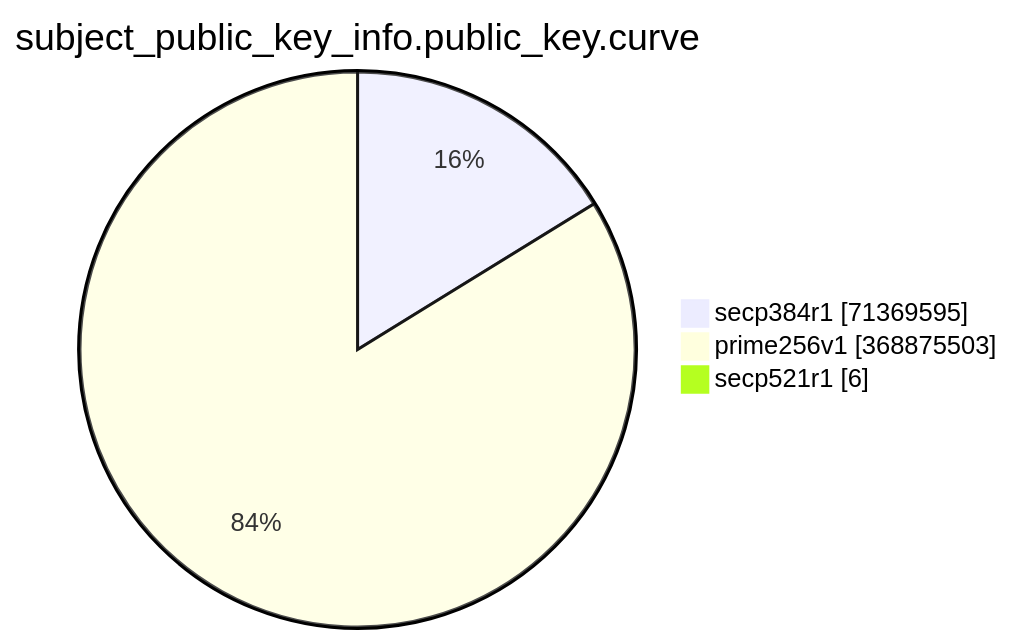
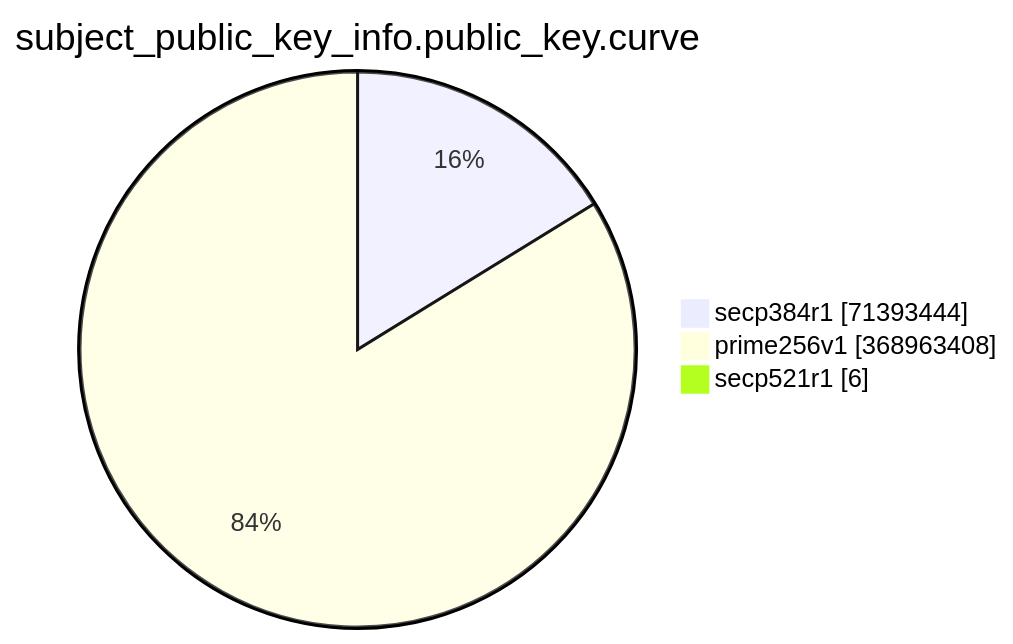
Before and after one commit to christiankrug/ctmonitor_visualization: the eighth of 15 diagrams in TOTAL/README.md, drawn with Mermaid. The commit also changed other lines of this file, not shown here.

````diff
--- a/TOTAL/README.md
+++ b/TOTAL/README.md
@@ -3092,7 +3092,7 @@
 ```mermaid
 pie showData
 title subject_public_key_info.public_key.curve
-"secp384r1" :71369595
-"prime256v1" :368875503
+"secp384r1" :71393444
+"prime256v1" :368963408
 "secp521r1" :6
 ```
````
